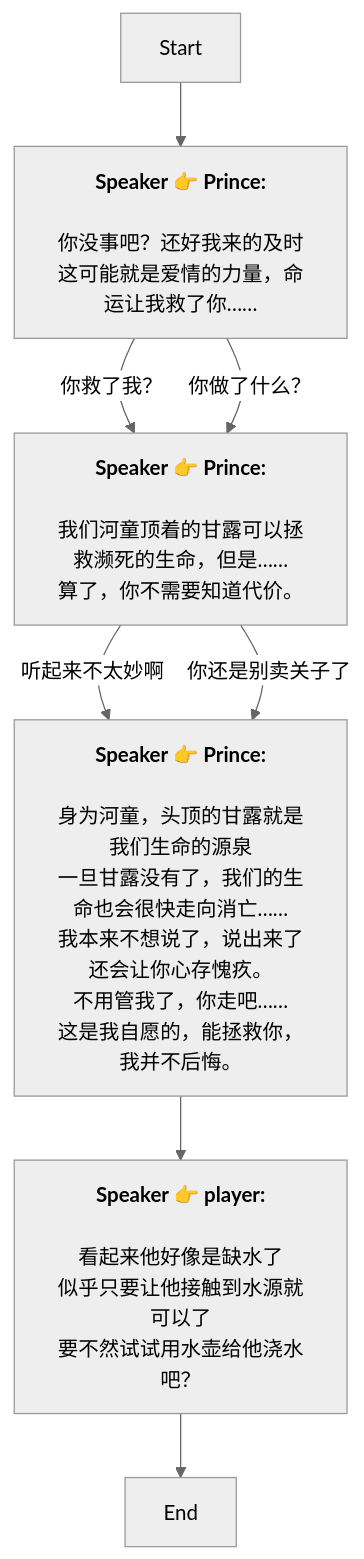
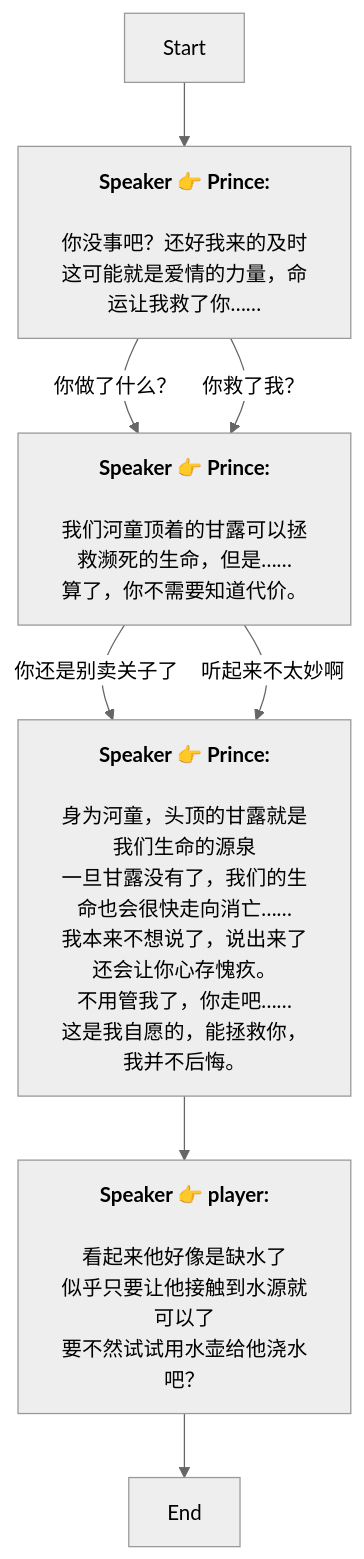
The diagram in Zh/QuestStartTalkENode_1756583672964625.md (SoftHu/tos_avg), drawn with Mermaid (neutral theme) before and after one commit. The commit also changed other lines of this file and 780 other files, not shown here.

````diff
--- a/Zh/QuestStartTalkENode_1756583672964625.md
+++ b/Zh/QuestStartTalkENode_1756583672964625.md
@@ -1,28 +1,28 @@
 ```mermaid
 graph
 Start -->1758079600629293[<b>Speaker 👉 Prince:</b>
 \n你没事吧？还好我来的及时
 这可能就是爱情的力量，命运让我救了你……]
+1758079600629293 -->|你做了什么？|1758079630013998[<b>Speaker 👉 Prince:</b>
+\n我们河童顶着的甘露可以拯救濒死的生命，但是……
+算了，你不需要知道代价。]
 1758079600629293 -->|你救了我？|1758079630013998[<b>Speaker 👉 Prince:</b>
 \n我们河童顶着的甘露可以拯救濒死的生命，但是……
 算了，你不需要知道代价。]
-1758079600629293 -->|你做了什么？|1758079630013998[<b>Speaker 👉 Prince:</b>
-\n我们河童顶着的甘露可以拯救濒死的生命，但是……
-算了，你不需要知道代价。]
-1758079630013998 -->|听起来不太妙啊|1758080090447418[<b>Speaker 👉 Prince:</b>
+1758079630013998 -->|你还是别卖关子了|1758080090447418[<b>Speaker 👉 Prince:</b>
 \n身为河童，头顶的甘露就是我们生命的源泉
 一旦甘露没有了，我们的生命也会很快走向消亡……\n我本来不想说了，说出来了还会让你心存愧疚。
 不用管我了，你走吧……
 这是我自愿的，能拯救你，我并不后悔。]
-1758079630013998 -->|你还是别卖关子了|1758080090447418[<b>Speaker 👉 Prince:</b>
+1758079630013998 -->|听起来不太妙啊|1758080090447418[<b>Speaker 👉 Prince:</b>
 \n身为河童，头顶的甘露就是我们生命的源泉
 一旦甘露没有了，我们的生命也会很快走向消亡……\n我本来不想说了，说出来了还会让你心存愧疚。
 不用管我了，你走吧……
 这是我自愿的，能拯救你，我并不后悔。]
 1758080090447418 -->1758080284909115[<b>Speaker 👉 player:</b>
 \n看起来他好像是缺水了
 似乎只要让他接触到水源就可以了
 要不然试试用水壶给他浇水吧？]
 1758080284909115 -->1758080325624380[End]
 
 ```
````
